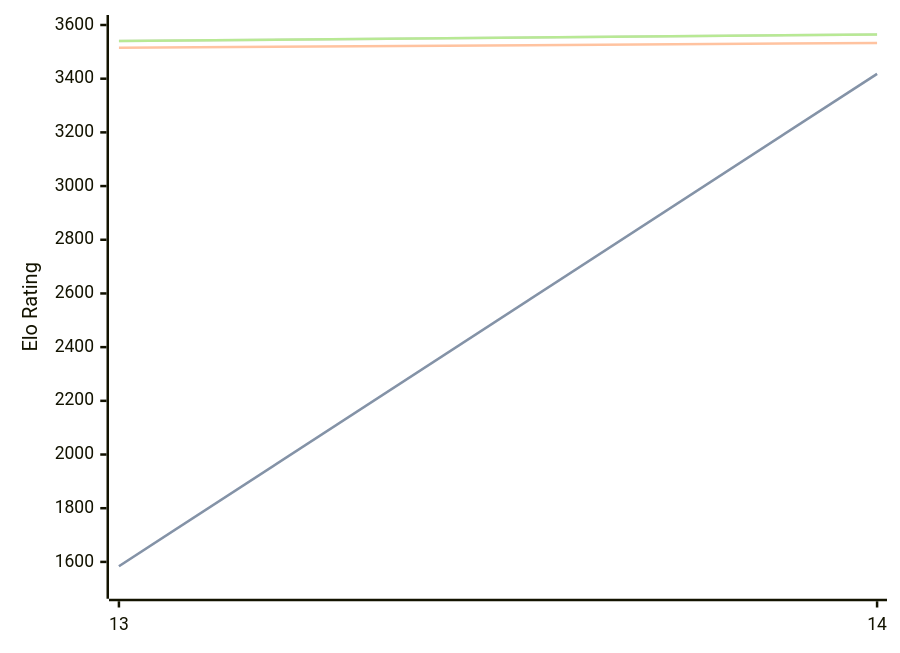
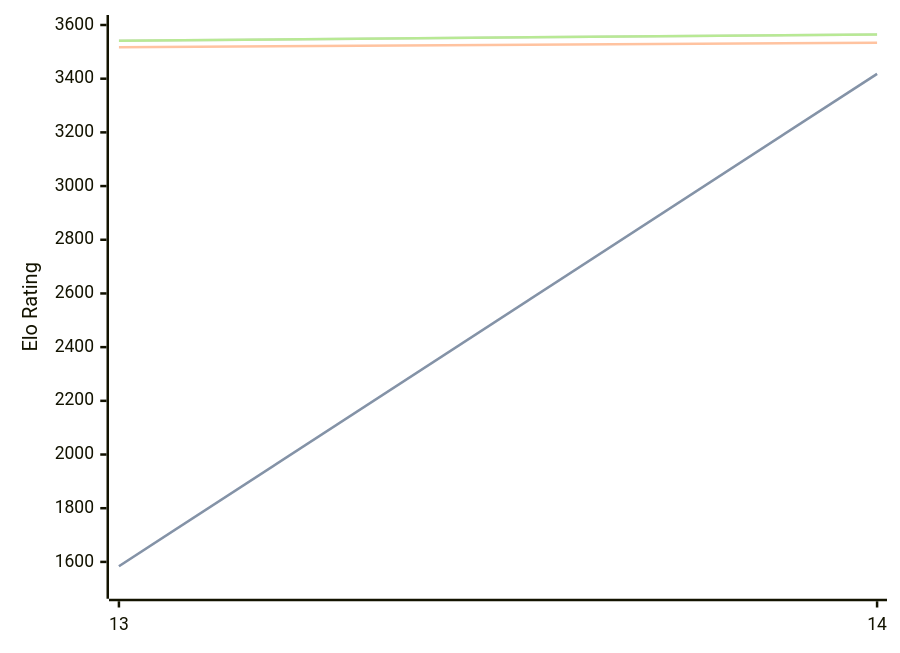
Before and after one commit to computer-chess-index/cci: the diagram in engines/Berserk.md, drawn with Mermaid. The commit also changed other lines of this file, not shown here.

Commit message:
Update CCI Ratings (ELO VLTC) - 2026-08-17

````diff
--- a/engines/Berserk.md
+++ b/engines/Berserk.md
@@ -33,11 +33,11 @@
 ```mermaid
 %%{init: {"theme":"base","themeVariables":{"seriesColors:['#a3a3a3','#222221','#faa371']}}}%%
 xychart-beta
   x-axis ["13", "14"]
   y-axis "Elo Rating" 1500 --> 3600
   line "STC (8.0+0.08s)" [1584, 3418]
   line "STC (8.0+0.08s)" [1584, 3418]
-  line "LTC (60.0+0.60s)" [3515, 3533]
-  line "VLTC (2m24s+1.12s)" [3540, 3565]
-  line "VLTC (2m24s+1.12s)" [3540, 3565]
+  line "LTC (60.0+0.60s)" [3517, 3534]
+  line "VLTC (2m24s+1.12s)" [3541, 3565]
+  line "VLTC (2m24s+1.12s)" [3541, 3565]
 ```
````
